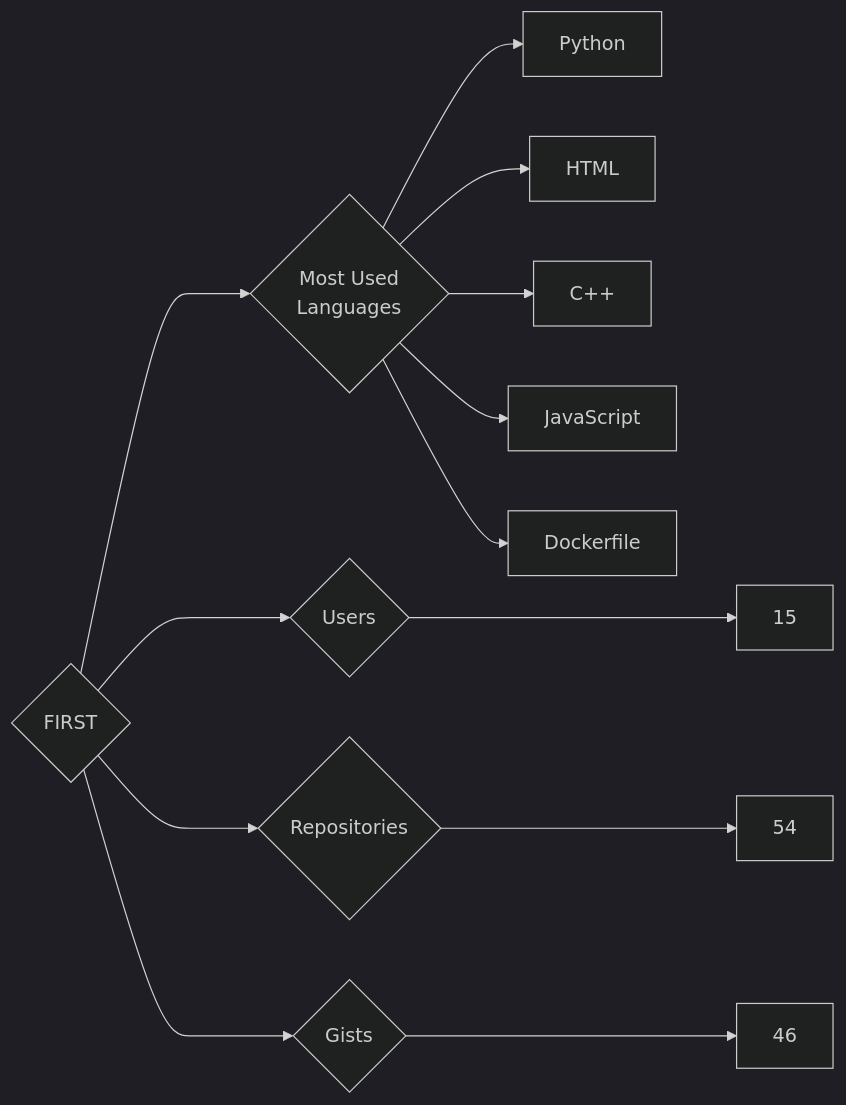
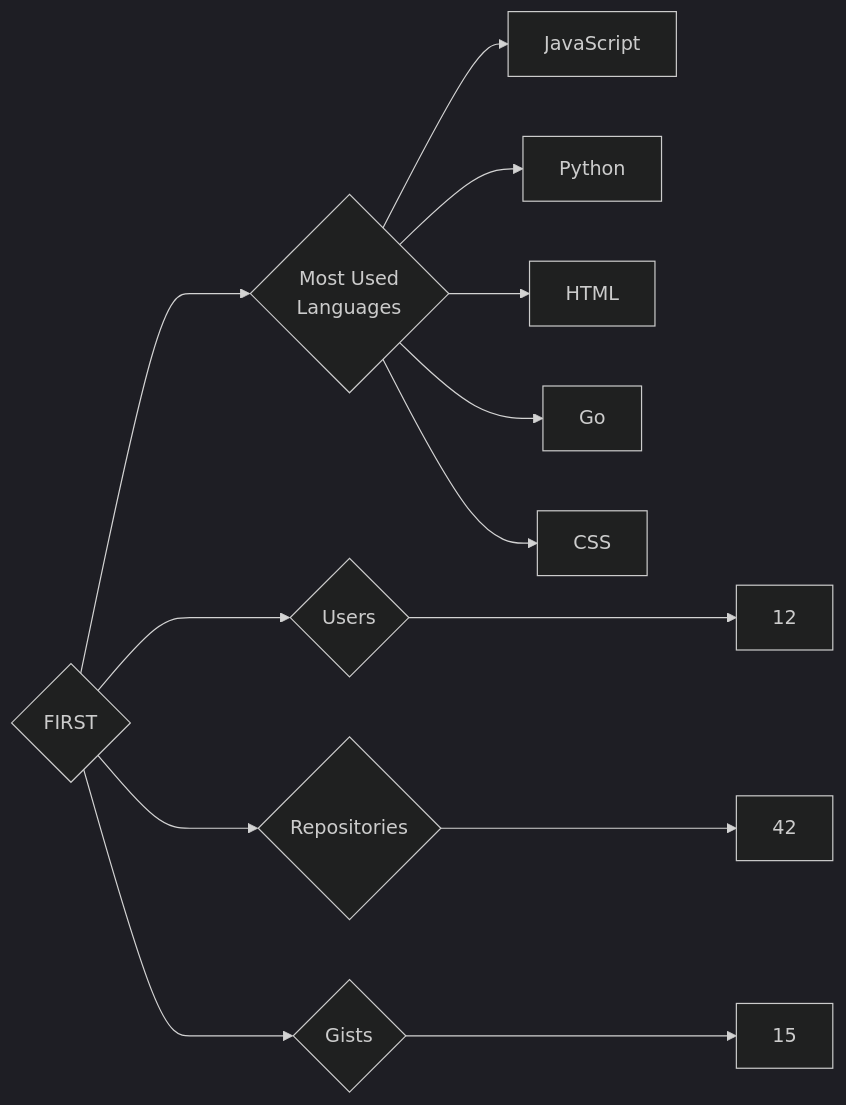
One commit to trickest/insiders changed the diagram in targets/FIRST/README.md. Above: the diagram before and after it, drawn with Mermaid (dark theme). The commit also changed 916 other files, not shown here.

````diff
--- a/targets/FIRST/README.md
+++ b/targets/FIRST/README.md
@@ -3,13 +3,13 @@
 ```mermaid
 graph LR
 COMPANY_NAME{FIRST}
-COMPANY_NAME ---> U{Users} ---> UN[15]
-COMPANY_NAME ---> R{Repositories} ---> RN[54]
-COMPANY_NAME ---> G{Gists} ---> GN[46]
+COMPANY_NAME ---> U{Users} ---> UN[12]
+COMPANY_NAME ---> R{Repositories} ---> RN[42]
+COMPANY_NAME ---> G{Gists} ---> GN[15]
 COMPANY_NAME ---> ML{Most Used<br>Languages}
+ML --> JavaScript[JavaScript]
 ML --> Python[Python]
 ML --> HTML[HTML]
-ML --> C++[C++]
-ML --> JavaScript[JavaScript]
-ML --> Dockerfile[Dockerfile]
+ML --> Go[Go]
+ML --> CSS[CSS]
 ```
````
